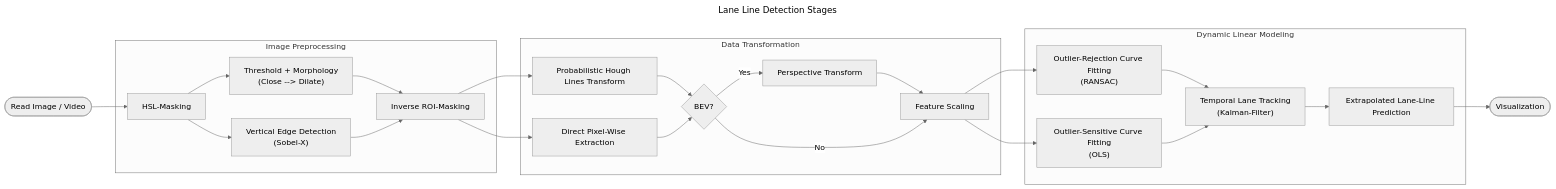
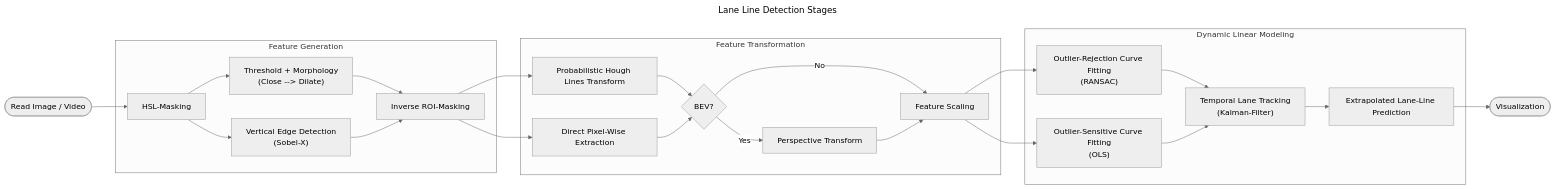
The diagram in README.md (ShaneTeel/lane-detection-classic), drawn with Mermaid (neutral theme) before and after one commit. The commit also changed other lines of this file and 1 other file, not shown here.

````diff
--- a/README.md
+++ b/README.md
@@ -85,31 +130,31 @@
 ```mermaid
 ---
 title: Lane Line Detection Stages
 ---
 graph LR;
     A([Read Image / Video]) --> B;
-    subgraph Image Preprocessing;
+    subgraph Feature Generation;
         B[HSL-Masking] --> CA;
         CA["Threshold + Morphology<br>(Close --> Dilate)"] --> D;
         B[HSL-Masking] --> CB;
         CB["Vertical Edge Detection<br>(Sobel-X)"] --> D
         end
     D[Inverse ROI-Masking] --> EA;
     D[Inverse ROI-Masking] --> EB;
-    subgraph Data Transformation;
+    subgraph Feature Transformation;
         EA[Probabilistic Hough Lines Transform] --> F;
         EB[Direct Pixel-Wise Extraction] --> F;
         F{BEV?} --> |Yes| G;
+        F{BEV?} --> |No| H;
         G[Perspective Transform] --> H;
-        F{BEV?} --> |No| H;
         end
     H[Feature Scaling] --> IA;
     H[Feature Scaling] --> IB
     subgraph Dynamic Linear Modeling
         IA["Outlier-Rejection Curve Fitting<br>(RANSAC)"] --> J;
         IB["Outlier-Sensitive Curve Fitting<br>(OLS)"] --> J;
         J["Temporal Lane Tracking<br>(Kalman-Filter)"] --> K;
         end
     K[Extrapolated Lane-Line Prediction] --> L;
     L([Visualization]);
 ```
````
